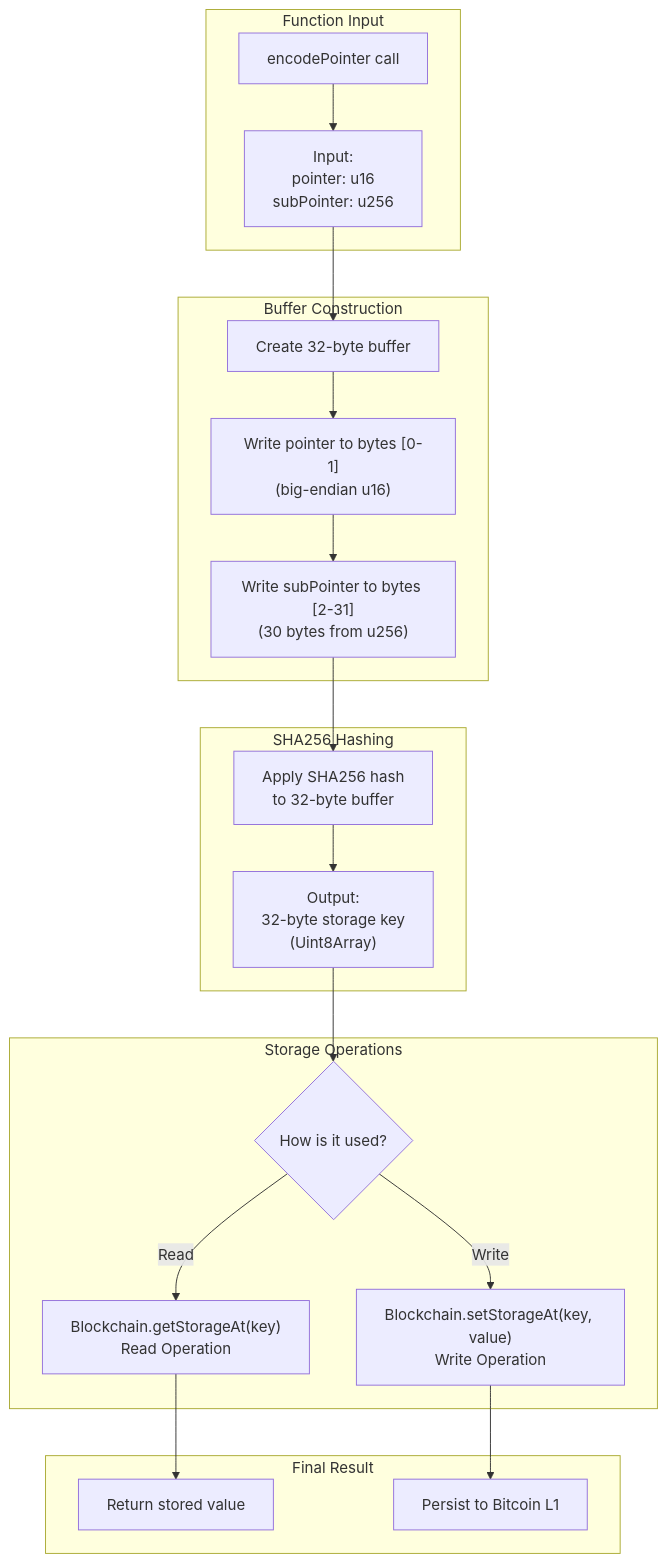
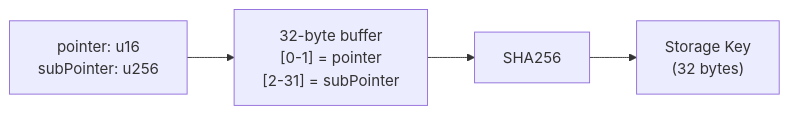
Before and after one commit to btc-vision/btc-runtime: the fourth of 4 diagrams in docs/core-concepts/pointers.md, drawn with Mermaid. The commit also changed 1 other file, not shown here.

Commit message:
Refactor role management to use enum bit flags
Updated documentation to use a Role enum with bit flags instead of individual constants for roles, improving clarity and maintainability. Also simplified the encodePointer() function flowchart for better readability.

````diff
--- a/docs/core-concepts/pointers.md
+++ b/docs/core-concepts/pointers.md
@@ -292,40 +292,6 @@
 ```mermaid
-flowchart TD
-    subgraph Input["Function Input"]
-        Start["encodePointer call"]
-        InputParams["Input:<br/>pointer: u16<br/>subPointer: u256"]
-        Start --> InputParams
-    end
-
-    subgraph BufferConstruction["Buffer Construction"]
-        CreateBuffer["Create 32-byte buffer"]
-        WritePointer["Write pointer to bytes [0-1]<br/>(big-endian u16)"]
-        WriteSubPointer["Write subPointer to bytes [2-31]<br/>(30 bytes from u256)"]
-        InputParams --> CreateBuffer
-        CreateBuffer --> WritePointer
-        WritePointer --> WriteSubPointer
-    end
-
-    subgraph Hashing["SHA256 Hashing"]
-        SHA256["Apply SHA256 hash<br/>to 32-byte buffer"]
-        Output["Output:<br/>32-byte storage key<br/>(Uint8Array)"]
-        WriteSubPointer --> SHA256
-        SHA256 --> Output
-    end
-
-    subgraph Usage["Storage Operations"]
-        UsageDecision{"How is it used?"}
-        GetStorage["Blockchain.getStorageAt(key)<br/>Read Operation"]
-        SetStorage["Blockchain.setStorageAt(key, value)<br/>Write Operation"]
-        Output --> UsageDecision
-        UsageDecision -->|Read| GetStorage
-        UsageDecision -->|Write| SetStorage
-    end
-
-    subgraph Result["Final Result"]
-        Return["Return stored value"]
-        Persist["Persist to Bitcoin L1"]
-        GetStorage --> Return
-        SetStorage --> Persist
-    end
+flowchart LR
+    A["pointer: u16<br/>subPointer: u256"] --> B["32-byte buffer<br/>[0-1] = pointer<br/>[2-31] = subPointer"]
+    B --> C["SHA256"]
+    C --> D["Storage Key<br/>(32 bytes)"]
 ```
````
